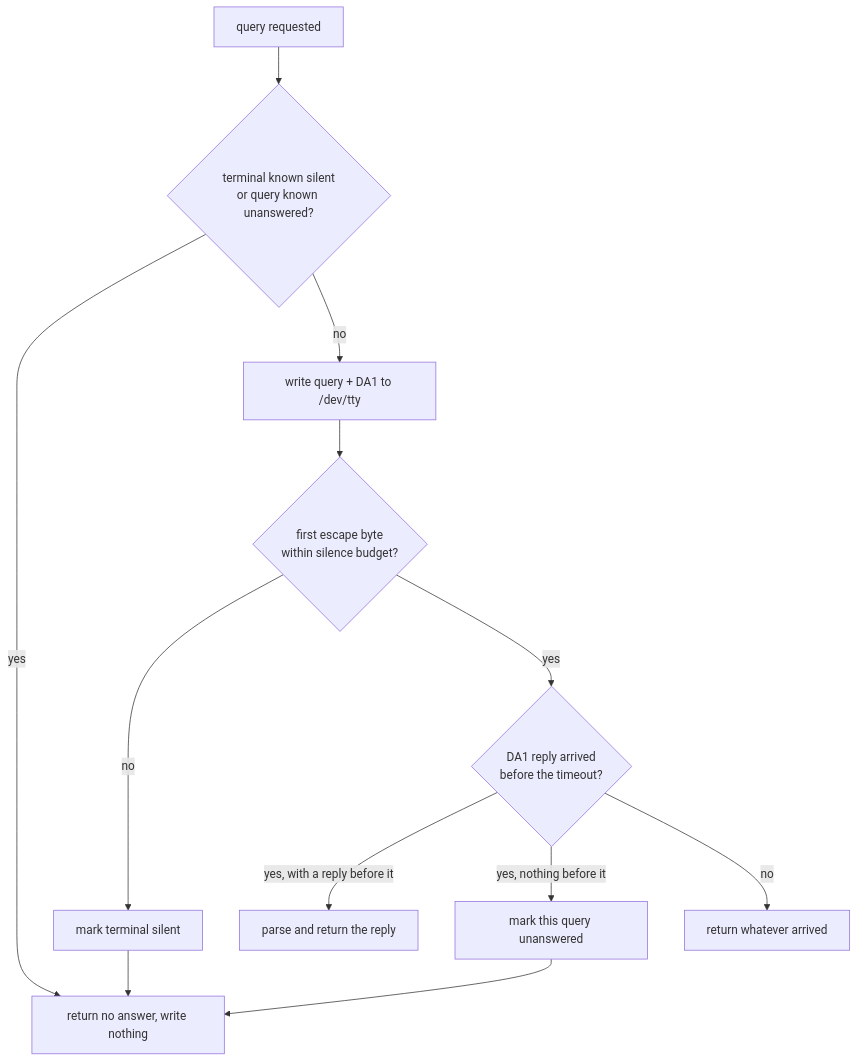
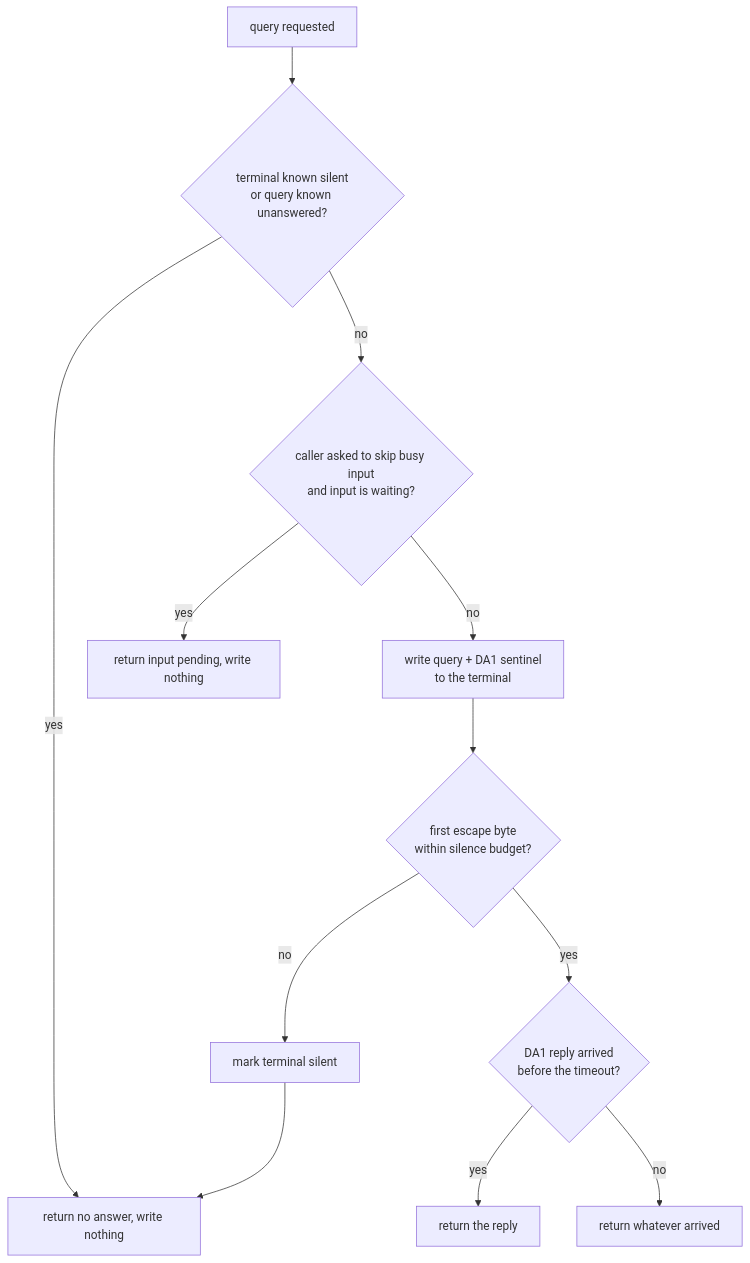
Before and after one commit to yankeeinlondon/rusty-biscuit: the second of 2 diagrams in biscuit-terminal/docs/discovery/terminal-queries.md, drawn with Mermaid. The commit also changed other lines of this file and 10 other files, not shown here.

First line of the commit message:
docs(biscuit-terminal): document graphics probing and tmux routing

````diff
--- a/biscuit-terminal/docs/discovery/terminal-queries.md
+++ b/biscuit-terminal/docs/discovery/terminal-queries.md
@@ -40,12 +120,13 @@
 ```mermaid
 flowchart TD
     A[query requested] --> B{terminal known silent<br/>or query known unanswered?}
     B -- yes --> Z[return no answer, write nothing]
-    B -- no --> C[write query + DA1 to /dev/tty]
+    B -- no --> Q{caller asked to skip busy input<br/>and input is waiting?}
+    Q -- yes --> Y[return input pending, write nothing]
+    Q -- no --> C[write query + DA1 sentinel<br/>to the terminal]
     C --> D{first escape byte<br/>within silence budget?}
     D -- no --> S[mark terminal silent] --> Z
     D -- yes --> E{DA1 reply arrived<br/>before the timeout?}
-    E -- yes, with a reply before it --> R[parse and return the reply]
-    E -- yes, nothing before it --> U[mark this query unanswered] --> Z
+    E -- yes --> R[return the reply]
     E -- no --> P[return whatever arrived]
 ```
````
